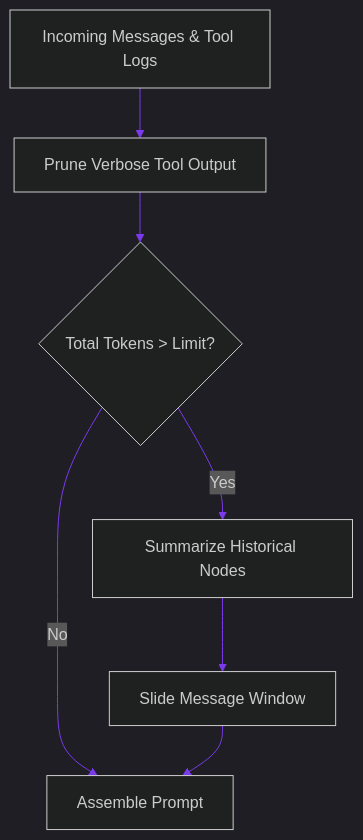
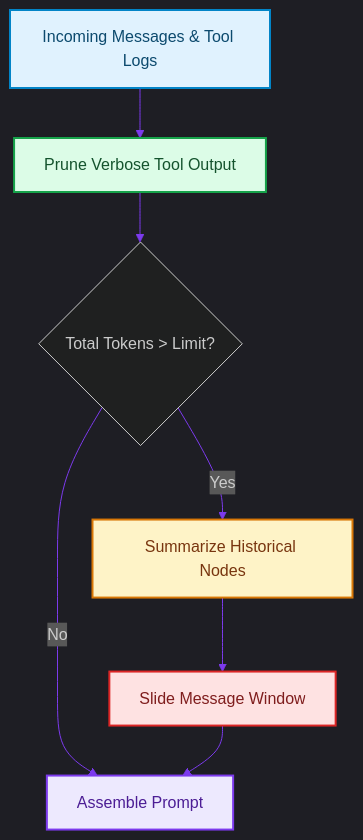
Before and after one commit to akmalkhaniub/akmalkhaniub.github.io: the diagram in blog/posts/dynamic-context-pruning-token-budget-agents.md, drawn with Mermaid. The commit also changed other lines of this file and 1291 other files, not shown here.

First line of the commit message:
feat(catalog): unique covers, scholarly references, and diagram palettes

````diff
--- a/blog/posts/dynamic-context-pruning-token-budget-agents.md
+++ b/blog/posts/dynamic-context-pruning-token-budget-agents.md
@@ -17,10 +17,21 @@
 ```mermaid
 %%{init: {'theme': 'dark', 'themeVariables': { 'primaryColor': '#7c3aed', 'primaryTextColor': '#f3f4f6', 'primaryBorderColor': '#a78bfa', 'lineColor': '#7c3aed', 'secondaryColor': '#111827', 'tertiaryColor': '#0b0f19'}}}%%
 flowchart TD
-    Raw[Incoming Messages & Tool Logs] --> Filter[Prune Verbose Tool Output]
+    Raw["Incoming Messages & Tool Logs"] --> Filter["Prune Verbose Tool Output"]
     Filter --> Budget{Total Tokens > Limit?}
-    Budget -->|No| Prompt[Assemble Prompt]
-    Budget -->|Yes| Summarize[Summarize Historical Nodes]
-    Summarize --> Slide[Slide Message Window]
+    Budget -->|No| Prompt["Assemble Prompt"]
+    Budget -->|Yes| Summarize["Summarize Historical Nodes"]
+    Summarize --> Slide["Slide Message Window"]
     Slide --> Prompt
+
+classDef green fill:#dcfce7,stroke:#16a34a,stroke-width:2px,color:#14532d;
+classDef red fill:#fee2e2,stroke:#dc2626,stroke-width:2px,color:#7f1d1d;
+classDef blue fill:#e0f2fe,stroke:#0284c7,stroke-width:2px,color:#0c4a6e;
+classDef yellow fill:#fef3c7,stroke:#d97706,stroke-width:2px,color:#78350f;
+classDef purple fill:#ede9fe,stroke:#7c3aed,stroke-width:2px,color:#4c1d95;
+class Raw blue
+class Filter green
+class Prompt purple
+class Summarize yellow
+class Slide red
 ```
````
